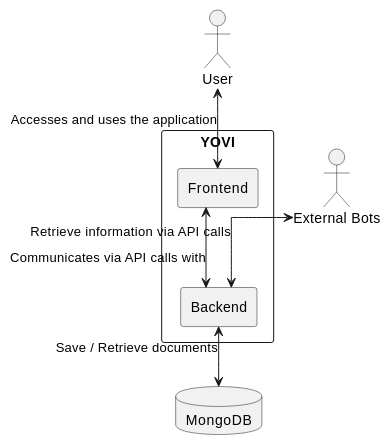
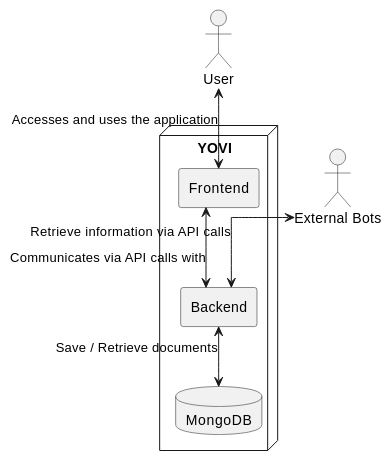
One commit to Arquisoft/yovi_en3a changed the first of 2 diagrams in docs/src/03_context_and_scope.adoc. Above: the diagram before and after it, drawn with PlantUML. The commit also changed other lines of this file, not shown here.

Commit message:
Fix mongoDB inside the system in the documentation

```diff
--- a/docs/src/03_context_and_scope.adoc
+++ b/docs/src/03_context_and_scope.adoc
@@ -34,18 +34,18 @@
 [plantuml, "Business context",png]
 ----
 skinparam linetype ortho
 
 actor User
 actor "External Bots" as Bots
-database "MongoDB" as DB
 
-rectangle "YOVI" {
+node "YOVI" {
     rectangle "Frontend" as Frontend
     rectangle "Backend" as Backend
+    database "MongoDB" as DB
 }
 
 User <--> Frontend : Accesses and uses the application
 Frontend <--> Backend : Communicates via API calls with
 Backend <--> DB : Save / Retrieve documents
 Bots <--> Backend : Retrieve information via API calls
 ----
```
